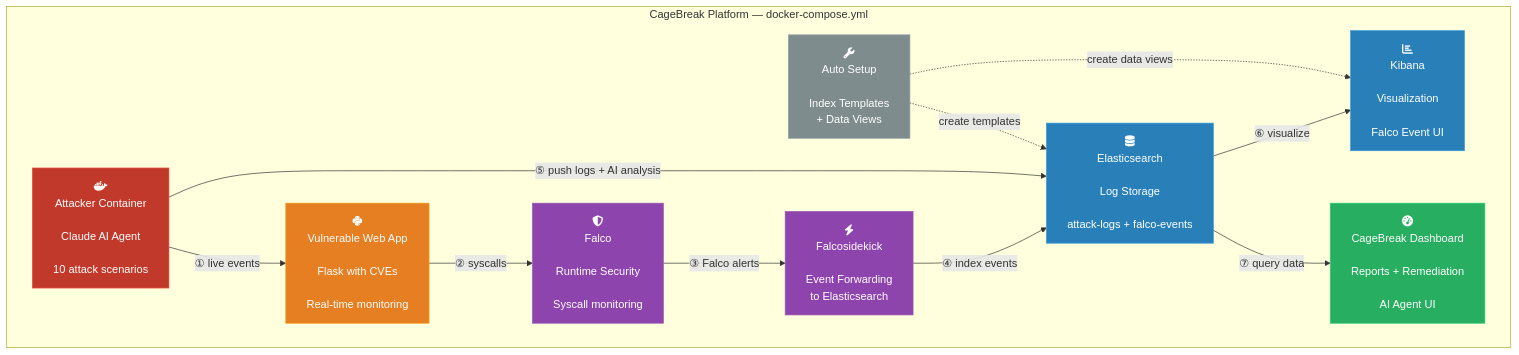
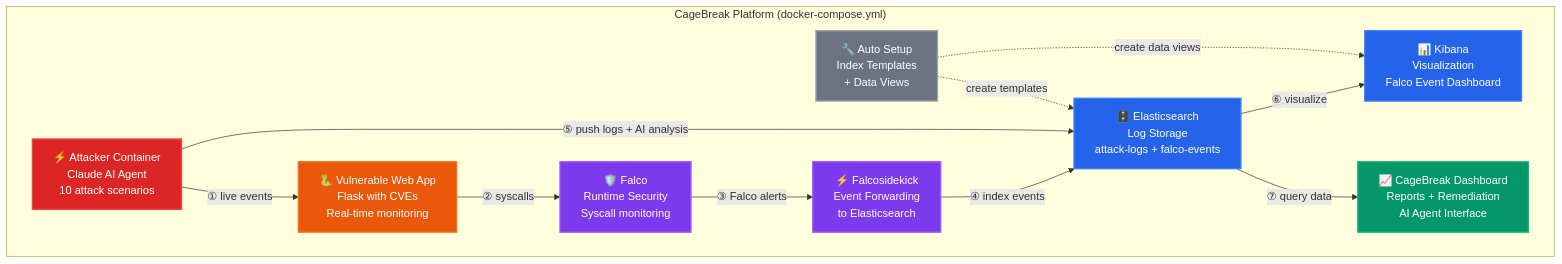
One commit to ritvikindupuri/SupplyChainVuln changed the diagram in README.md. Above: the diagram before and after it, drawn with Mermaid. The commit also changed other lines of this file, not shown here.

Commit message:
Fix architecture diagram: remove unsupported Font Awesome icons, use clean emoji + color styling
GitHub's Mermaid renderer does not support the fa:/fab: icon syntax.
Replaced with professional emoji markers (⚡🐍🛡️🗄️📊📈🔧) that
render reliably on all platforms. Added stroke-width for better
node visibility and clean red/orange/purple/blue/green/gray palette.

````diff
--- a/README.md
+++ b/README.md
@@ -11,37 +11,53 @@
 ```mermaid
 graph TD
-  subgraph CG["CageBreak Platform — docker-compose.yml"]
-    A["fab:fa-docker <br/>Attacker Container<br/><br/>Claude AI Agent<br/><br/>10 attack scenarios"]
-    B["fab:fa-python <br/>Vulnerable Web App<br/><br/>Flask with CVEs<br/><br/>Real-time monitoring"]
-    C["fa:fa-shield-alt <br/>Falco<br/><br/>Runtime Security<br/><br/>Syscall monitoring"]
-    D["fa:fa-bolt <br/>Falcosidekick<br/><br/>Event Forwarding<br/>to Elasticsearch"]
-    E["fa:fa-database <br/>Elasticsearch<br/><br/>Log Storage<br/><br/>attack-logs + falco-events"]
-    F["fa:fa-chart-bar <br/>Kibana<br/><br/>Visualization<br/><br/>Falco Event UI"]
-    G["fa:fa-gauge-high <br/>CageBreak Dashboard<br/><br/>Reports + Remediation<br/><br/>AI Agent UI"]
-    H["fa:fa-wrench <br/>Auto Setup<br/><br/>Index Templates<br/>+ Data Views"]
+  subgraph CG["CageBreak Platform (docker-compose.yml)"]
+    A["⚡ Attacker Container
+        Claude AI Agent
+        10 attack scenarios"]
+    B["🐍 Vulnerable Web App
+        Flask with CVEs
+        Real-time monitoring"]
+    C["🛡️ Falco
+        Runtime Security
+        Syscall monitoring"]
+    D["⚡ Falcosidekick
+        Event Forwarding
+        to Elasticsearch"]
+    E["🗄️ Elasticsearch
+        Log Storage
+        attack-logs + falco-events"]
+    F["📊 Kibana
+        Visualization
+        Falco Event Dashboard"]
+    G["📈 CageBreak Dashboard
+        Reports + Remediation
+        AI Agent Interface"]
+    H["🔧 Auto Setup
+        Index Templates
+        + Data Views"]
   end
 
   A -->|"① live events"| B
   B -->|"② syscalls"| C
   C -->|"③ Falco alerts"| D
   D -->|"④ index events"| E
   E -->|"⑥ visualize"| F
   E -->|"⑦ query data"| G
   A -->|"⑤ push logs + AI analysis"| E
   H -.->|"create templates"| E
   H -.->|"create data views"| F
 
-  classDef attacker fill:#c0392b,color:#fff,stroke:#e74c3c
-  classDef target fill:#e67e22,color:#fff,stroke:#f39c12
-  classDef security fill:#8e44ad,color:#fff,stroke:#9b59b6
-  classDef storage fill:#2980b9,color:#fff,stroke:#3498db
-  classDef ui fill:#27ae60,color:#fff,stroke:#2ecc71
-  classDef setup fill:#7f8c8d,color:#fff,stroke:#95a5a6
+  classDef attacker fill:#dc2626,color:#fff,stroke:#ef4444,stroke-width:2px
+  classDef target fill:#ea580c,color:#fff,stroke:#f97316,stroke-width:2px
+  classDef security fill:#7c3aed,color:#fff,stroke:#a855f7,stroke-width:2px
+  classDef storage fill:#2563eb,color:#fff,stroke:#3b82f6,stroke-width:2px
+  classDef ui fill:#059669,color:#fff,stroke:#10b981,stroke-width:2px
+  classDef setup fill:#6b7280,color:#fff,stroke:#9ca3af,stroke-width:2px
 
   class A attacker
   class B target
   class C,D security
   class E,F storage
   class G ui
   class H setup
 ```
````
